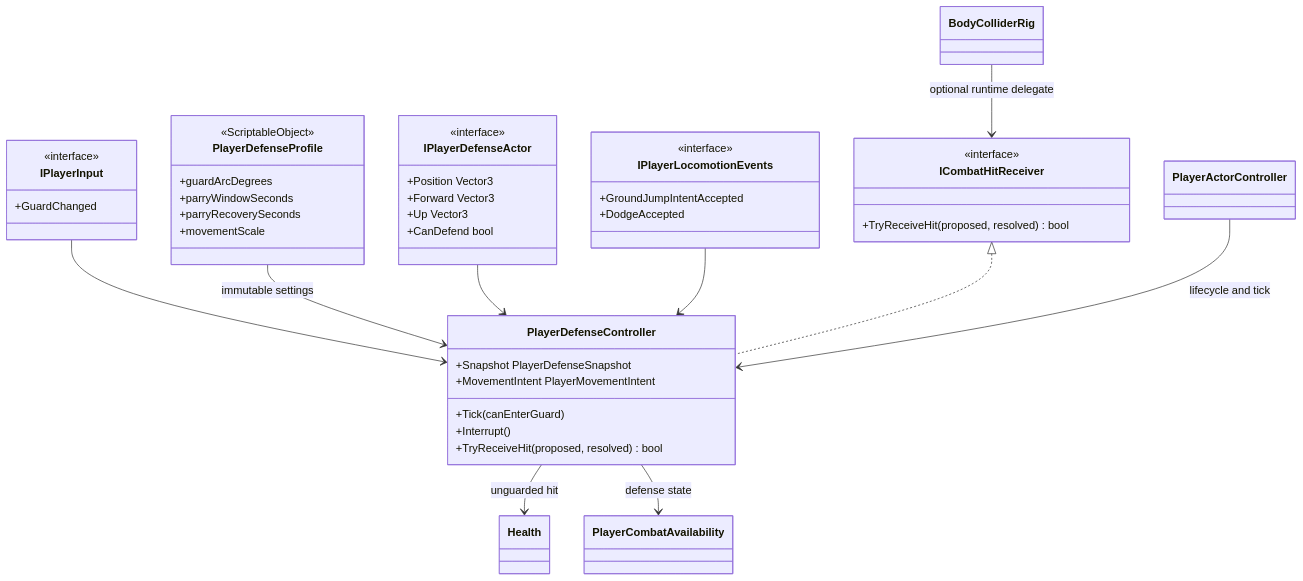
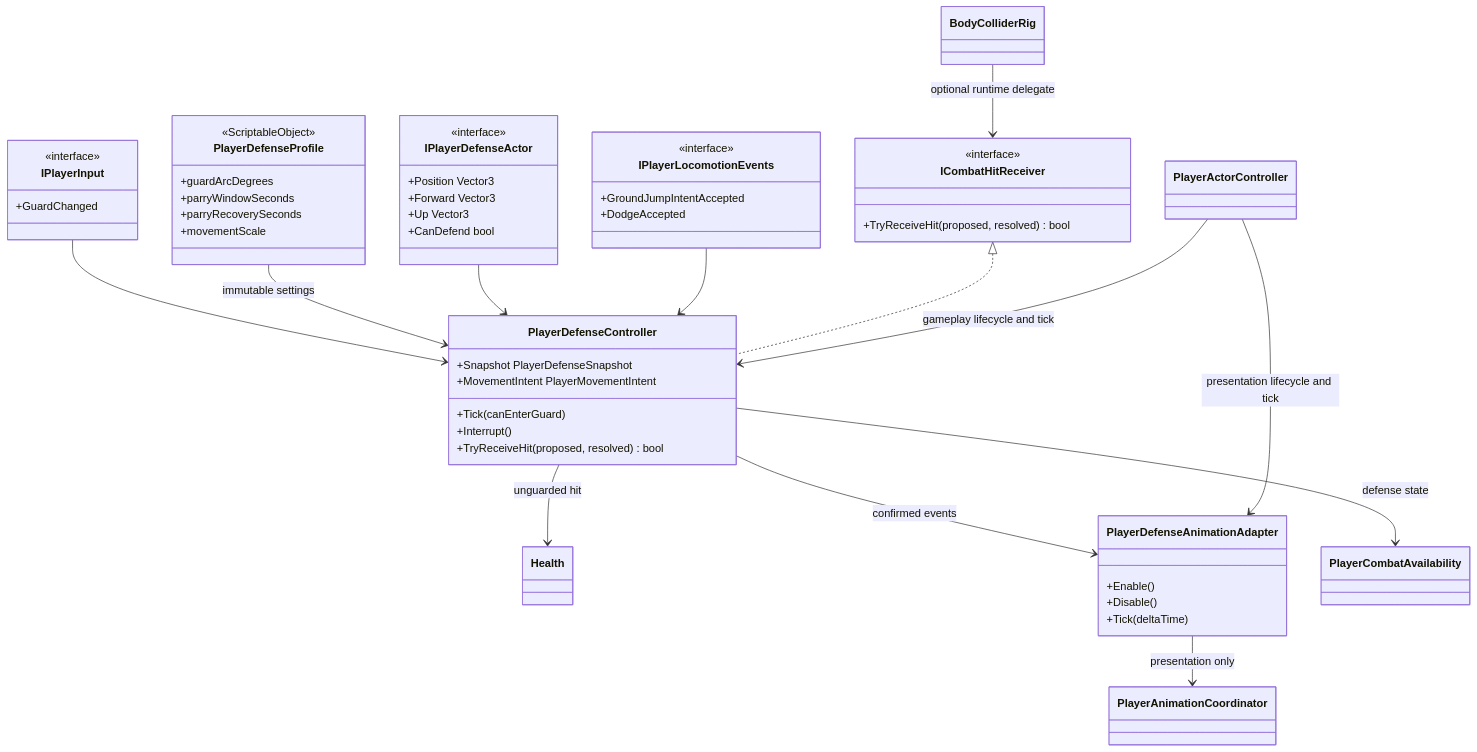
One commit to MaximFonariuc/project-s changed the diagram in Assets/_App/Core/Runtime/Combat/Defense/README.md. Above: the diagram before and after it, drawn with Mermaid. The commit also changed other lines of this file and 17 other files, not shown here.

````diff
--- a/Assets/_App/Core/Runtime/Combat/Defense/README.md
+++ b/Assets/_App/Core/Runtime/Combat/Defense/README.md
@@ -7,51 +7,60 @@
 ```mermaid
 classDiagram
     class IPlayerInput {
         <<interface>>
         +GuardChanged
     }
     class PlayerDefenseController {
         +Snapshot PlayerDefenseSnapshot
         +MovementIntent PlayerMovementIntent
         +Tick(canEnterGuard)
         +Interrupt()
         +TryReceiveHit(proposed, resolved) bool
     }
     class PlayerDefenseProfile {
         <<ScriptableObject>>
         +guardArcDegrees
         +parryWindowSeconds
         +parryRecoverySeconds
         +movementScale
     }
     class IPlayerDefenseActor {
         <<interface>>
         +Position Vector3
         +Forward Vector3
         +Up Vector3
         +CanDefend bool
     }
     class IPlayerLocomotionEvents {
         <<interface>>
         +GroundJumpIntentAccepted
         +DodgeAccepted
     }
     class ICombatHitReceiver {
         <<interface>>
         +TryReceiveHit(proposed, resolved) bool
     }
     class BodyColliderRig
     class Health
+    class PlayerDefenseAnimationAdapter {
+        +Enable()
+        +Disable()
+        +Tick(deltaTime)
+    }
+    class PlayerAnimationCoordinator
     class PlayerCombatAvailability
     class PlayerActorController
 
     IPlayerInput --> PlayerDefenseController
     PlayerDefenseProfile --> PlayerDefenseController : immutable settings
     IPlayerDefenseActor --> PlayerDefenseController
     IPlayerLocomotionEvents --> PlayerDefenseController
     ICombatHitReceiver <|.. PlayerDefenseController
     BodyColliderRig --> ICombatHitReceiver : optional runtime delegate
     PlayerDefenseController --> Health : unguarded hit
+    PlayerDefenseController --> PlayerDefenseAnimationAdapter : confirmed events
+    PlayerDefenseAnimationAdapter --> PlayerAnimationCoordinator : presentation only
     PlayerDefenseController --> PlayerCombatAvailability : defense state
-    PlayerActorController --> PlayerDefenseController : lifecycle and tick
+    PlayerActorController --> PlayerDefenseController : gameplay lifecycle and tick
+    PlayerActorController --> PlayerDefenseAnimationAdapter : presentation lifecycle and tick
 ```
````
